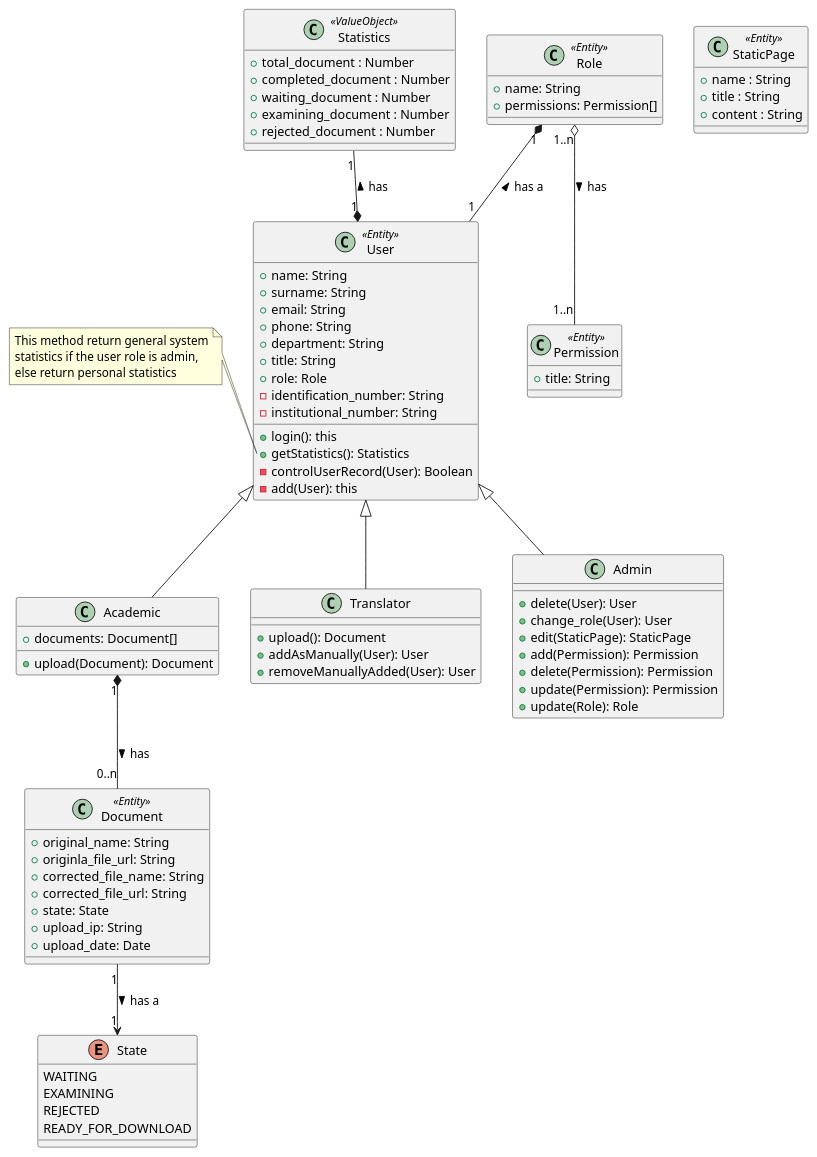
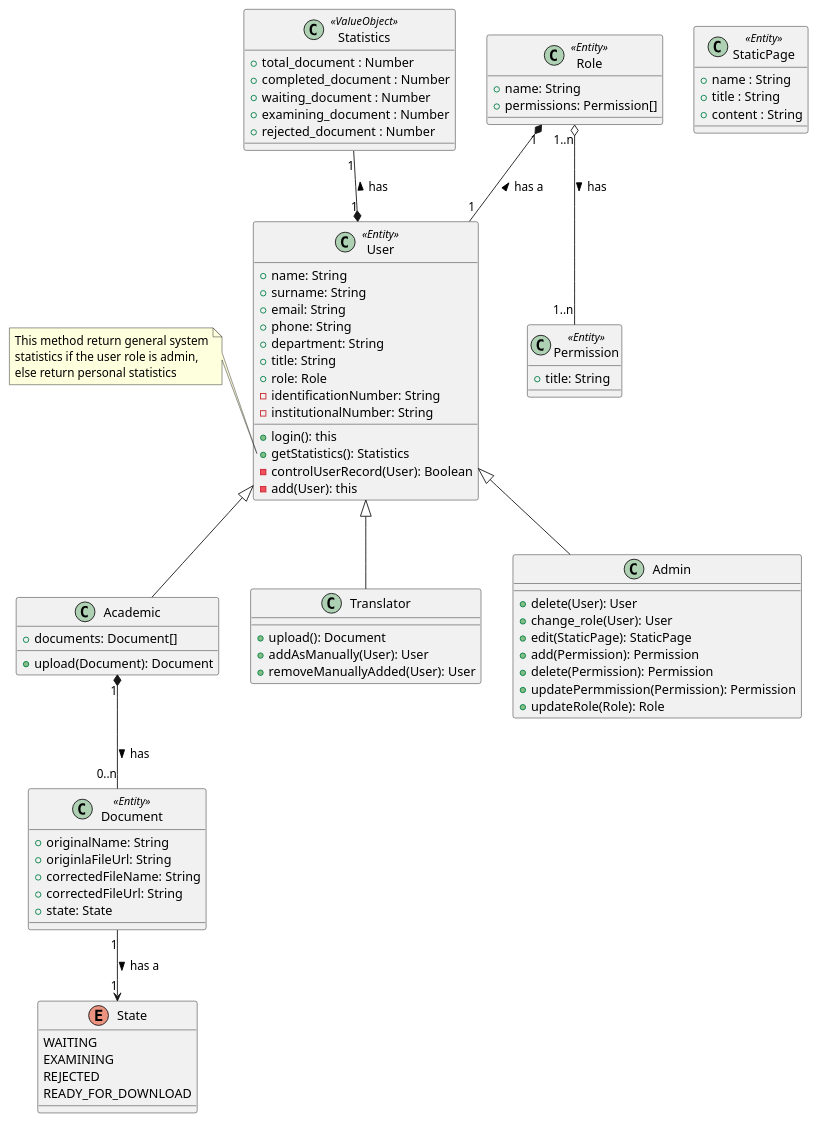
Before and after one commit to uygaraydin/academic-paper-proofreading: the diagram in class-diagram.puml, drawn with PlantUML.

Commit message:
class diagram was updated

```diff
--- a/class-diagram.puml
+++ b/class-diagram.puml
@@ -1,97 +1,95 @@
 @startuml ATCS
 
 class User <<Entity>> {
   + name: String
   + surname: String
   + email: String
   + phone: String
   + department: String
   + title: String
   + role: Role
-  - identification_number: String
-  - institutional_number: String
+  - identificationNumber: String
+  - institutionalNumber: String
   + login(): this
   + getStatistics(): Statistics
   - controlUserRecord(User): Boolean
   - add(User): this
 }
 note left of User::getStatistics
 This method return general system
 statistics if the user role is admin,
 else return personal statistics
 end note
 
 
 class Academic {
   + documents: Document[]
   + upload(Document): Document
 }
 
 class Translator {
   + upload(): Document
   + addAsManually(User): User
   + removeManuallyAdded(User): User
 }
 
 class Admin {
   + delete(User): User
   + change_role(User): User
   + edit(StaticPage): StaticPage
   + add(Permission): Permission
   + delete(Permission): Permission
-  + update(Permission): Permission
-  + update(Role): Role
+  + updatePermmission(Permission): Permission
+  + updateRole(Role): Role
 }
 
 class Statistics <<ValueObject>> {
   + total_document : Number
   + completed_document : Number
   + waiting_document : Number
   + examining_document : Number
   + rejected_document : Number
 }
 
 class StaticPage <<Entity>> {
   + name : String
   + title : String
   + content : String
 }
 
 class Document <<Entity>> {
-  + original_name: String
-  + originla_file_url: String
-  + corrected_file_name: String
-  + corrected_file_url: String
+  + originalName: String
+  + originlaFileUrl: String
+  + correctedFileName: String
+  + correctedFileUrl: String
   + state: State
-  + upload_ip: String
-  + upload_date: Date
 }
 
 class Role <<Entity>> {
   + name: String
   + permissions: Permission[]
 }
 
 class Permission <<Entity>> {
   + title: String
 }
 
 enum State {
   WAITING
   EXAMINING
   REJECTED
   READY_FOR_DOWNLOAD
 }
 
 
 Academic -up-|> User
 Translator -up-|> User
 Admin -up-|> User
 Academic "1" *-- "0..n" Document : has >
 Document "1" --> "1" State : has a >
 Role "1" *-- "1" User : has a <
 Role "1..n" o-- "1..n" Permission : has >
 User "1" *-up- "1" Statistics : has >
 
 
 @enduml
```
